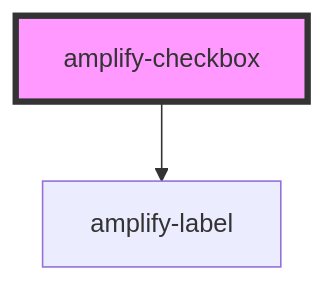
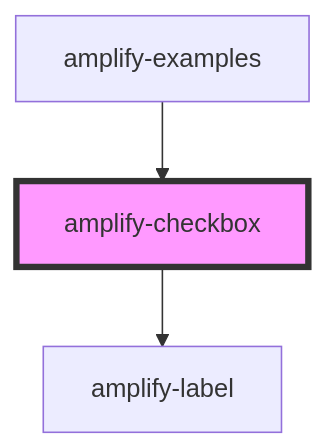
Before and after one commit to aws-amplify/amplify-js: the diagram in packages/amplify-ui-components/src/components/amplify-checkbox/readme.md, drawn with Mermaid. The commit also changed other lines of this file and 15 other files, not shown here.

````diff
--- a/packages/amplify-ui-components/src/components/amplify-checkbox/readme.md
+++ b/packages/amplify-ui-components/src/components/amplify-checkbox/readme.md
@@ -28,5 +32,6 @@
 ```mermaid
 graph TD;
   amplify-checkbox --> amplify-label
+  amplify-examples --> amplify-checkbox
   style amplify-checkbox fill:#f9f,stroke:#333,stroke-width:4px
 ```
````
